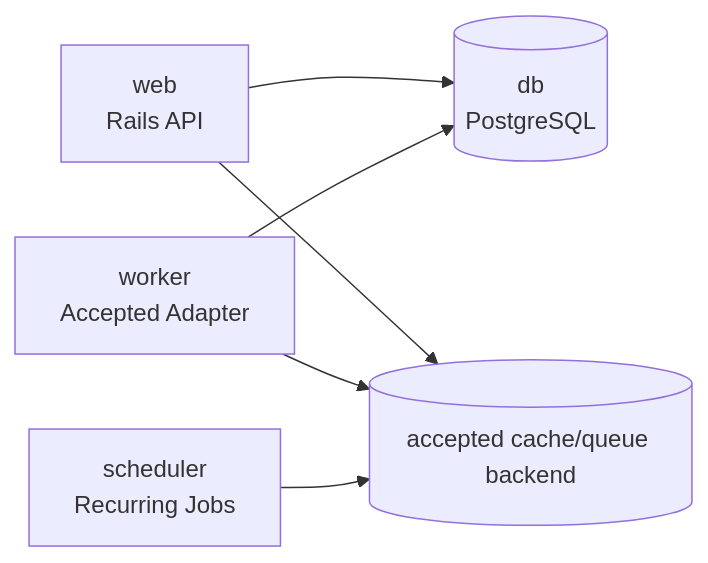
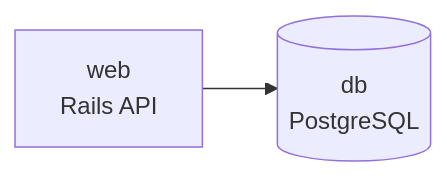
One commit to JoelBright/crypto-price-api changed the sixth of 6 diagrams in docs/JUNIOR_DEVELOPER_GUIDE.md. Above: the diagram before and after it, drawn with Mermaid. The commit also changed other lines of this file and 8 other files, not shown here.

````diff
--- a/docs/JUNIOR_DEVELOPER_GUIDE.md
+++ b/docs/JUNIOR_DEVELOPER_GUIDE.md
@@ -876,14 +876,7 @@
 ```mermaid
 flowchart LR
     Web[web<br/>Rails API]
-    Worker[worker<br/>Accepted Adapter]
-    Scheduler[scheduler<br/>Recurring Jobs]
     Database[(db<br/>PostgreSQL)]
-    CacheQueue[(accepted cache/queue backend)]
 
     Web --> Database
-    Web --> CacheQueue
-    Worker --> Database
-    Worker --> CacheQueue
-    Scheduler --> CacheQueue
 ```
````
